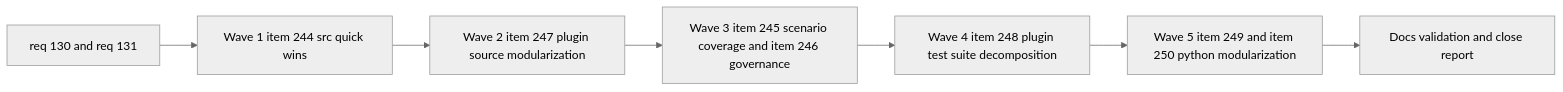
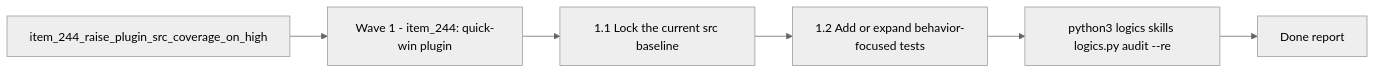
One commit to AlexAgo83/logics-manager changed the diagram in logics/tasks/task_114_orchestration_delivery_for_req_130_and_req_131_plugin_coverage_governance_and_under_1000_line_modularization.md. Above: the diagram before and after it, drawn with Mermaid (neutral theme). The commit also changed other lines of this file and 481 other files, not shown here.

````diff
--- a/logics/tasks/task_114_orchestration_delivery_for_req_130_and_req_131_plugin_coverage_governance_and_under_1000_line_modularization.md
+++ b/logics/tasks/task_114_orchestration_delivery_for_req_130_and_req_131_plugin_coverage_governance_and_under_1000_line_modularization.md
@@ -50,11 +50,10 @@
 ```mermaid
 %% logics-kind: task
 %% logics-signature: task|orchestration-delivery-for-req-130-and-r|item-244-raise-plugin-src-coverage-on-hi|wave-1-item-244-quick-win-plugin|python3-logics-skills-logics-py-audit-re
 flowchart LR
-    Start[req 130 and req 131] --> W1[Wave 1 item 244 src quick wins]
-    W1 --> W2[Wave 2 item 247 plugin source modularization]
-    W2 --> W3[Wave 3 item 245 scenario coverage and item 246 governance]
-    W3 --> W4[Wave 4 item 248 plugin test suite decomposition]
-    W4 --> W5[Wave 5 item 249 and item 250 python modularization]
-    W5 --> Final[Docs validation and close report]
+    Backlog[item_244_raise_plugin_src_coverage_on_high] --> Step1[Wave 1 - item_244: quick-win plugin]
+    Step1 --> Step2[1.1 Lock the current src baseline]
+    Step2 --> Step3[1.2 Add or expand behavior-focused tests]
+    Step3 --> Validation[python3 logics skills logics.py audit --re]
+    Validation --> Report[Done report]
 ```
````
